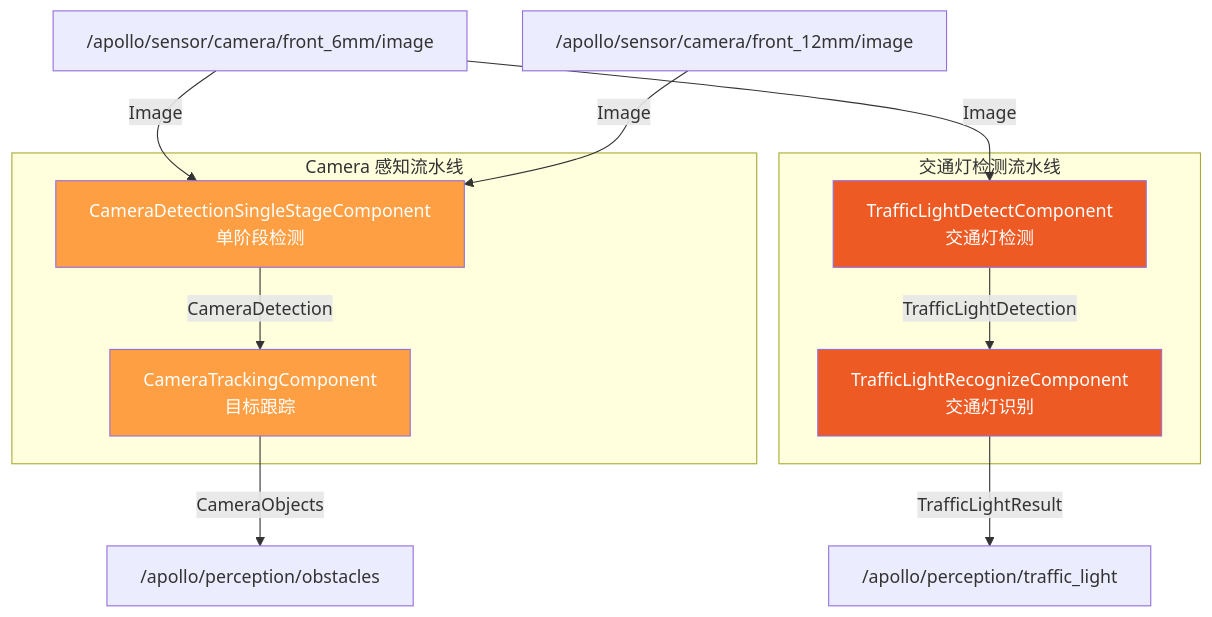
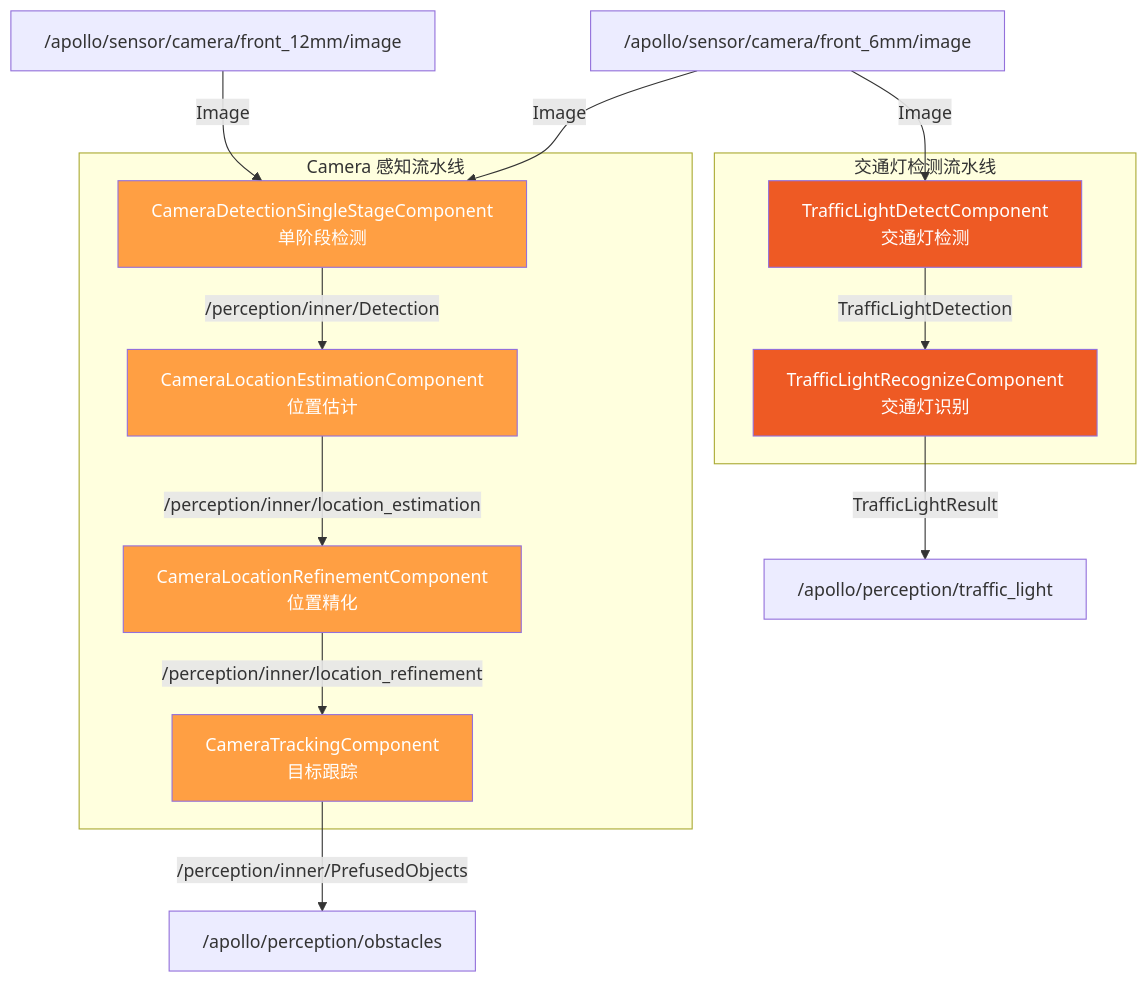
The third of 8 diagrams in docs/guide/data-flow.md (SakuraPuare/apollo-docs), drawn with Mermaid before and after one commit. The commit also changed other lines of this file and 1 other file, not shown here.

````diff
--- a/docs/guide/data-flow.md
+++ b/docs/guide/data-flow.md
@@ -165,31 +173,37 @@
 ```mermaid
 graph TD
     subgraph Camera_Pipeline["Camera 感知流水线"]
         CA["CameraDetectionSingleStageComponent<br/>单阶段检测"]
-        CB["CameraTrackingComponent<br/>目标跟踪"]
+        CB["CameraLocationEstimationComponent<br/>位置估计"]
+        CC["CameraLocationRefinementComponent<br/>位置精化"]
+        CD["CameraTrackingComponent<br/>目标跟踪"]
     end
 
     subgraph Traffic_Light["交通灯检测流水线"]
         TL1["TrafficLightDetectComponent<br/>交通灯检测"]
         TL2["TrafficLightRecognizeComponent<br/>交通灯识别"]
     end
 
     Cam6["/apollo/sensor/camera/front_6mm/image"]
     Cam12["/apollo/sensor/camera/front_12mm/image"]
     ObstOut["/apollo/perception/obstacles"]
     TLOut["/apollo/perception/traffic_light"]
 
     Cam6 -->|"Image"| CA
     Cam12 -->|"Image"| CA
-    CA -->|"CameraDetection"| CB
-    CB -->|"CameraObjects"| ObstOut
+    CA -->|"/perception/inner/Detection"| CB
+    CB -->|"/perception/inner/location_estimation"| CC
+    CC -->|"/perception/inner/location_refinement"| CD
+    CD -->|"/perception/inner/PrefusedObjects"| ObstOut
 
     Cam6 -->|"Image"| TL1
     TL1 -->|"TrafficLightDetection"| TL2
     TL2 -->|"TrafficLightResult"| TLOut
 
     style CA fill:#ff9f43,color:#fff
     style CB fill:#ff9f43,color:#fff
+    style CC fill:#ff9f43,color:#fff
+    style CD fill:#ff9f43,color:#fff
     style TL1 fill:#ee5a24,color:#fff
     style TL2 fill:#ee5a24,color:#fff
 ```
````
